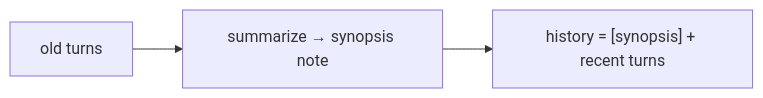
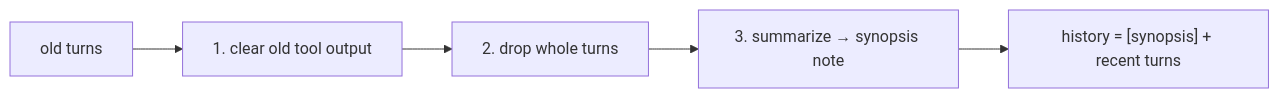
Before and after one commit to aakashagg123/gatsby: the diagram in harness-engineering/phases/03-context-and-memory/03-trim-and-compact/docs/en.md, drawn with Mermaid. The commit also changed 7 other files, not shown here.

First line of the commit message:
Harness trim: delete folded lessons, fix link, sync diagrams, update tracker

````diff
--- a/harness-engineering/phases/03-context-and-memory/03-trim-and-compact/docs/en.md
+++ b/harness-engineering/phases/03-context-and-memory/03-trim-and-compact/docs/en.md
@@ -19,5 +19,7 @@
 ```mermaid
 flowchart LR
-  H["old turns"] --> S["summarize → synopsis note"]
+  O["old turns"] --> A["1. clear old tool output"]
+  A --> B["2. drop whole turns"]
+  B --> S["3. summarize → synopsis note"]
   S --> N["history = [synopsis] + recent turns"]
 ```
````
